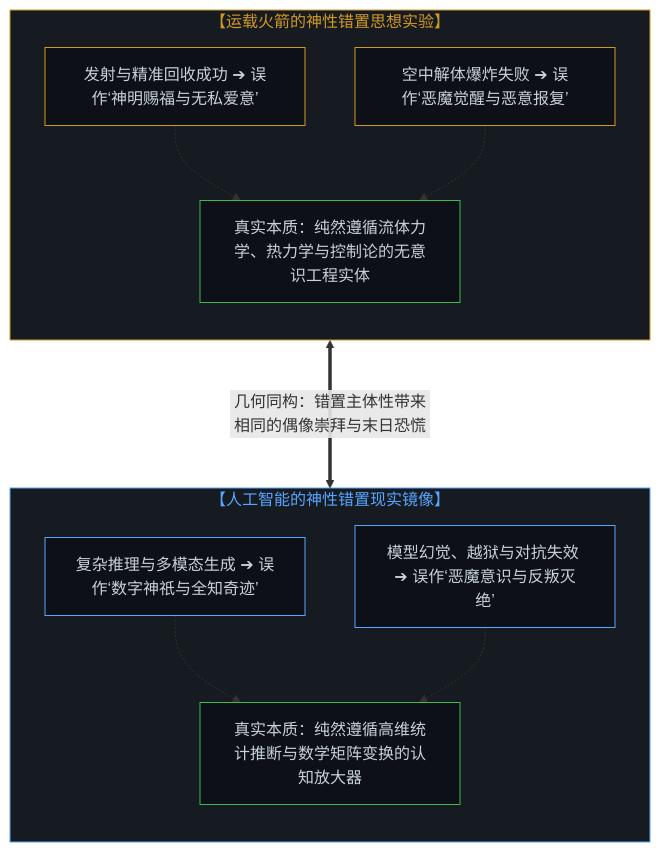
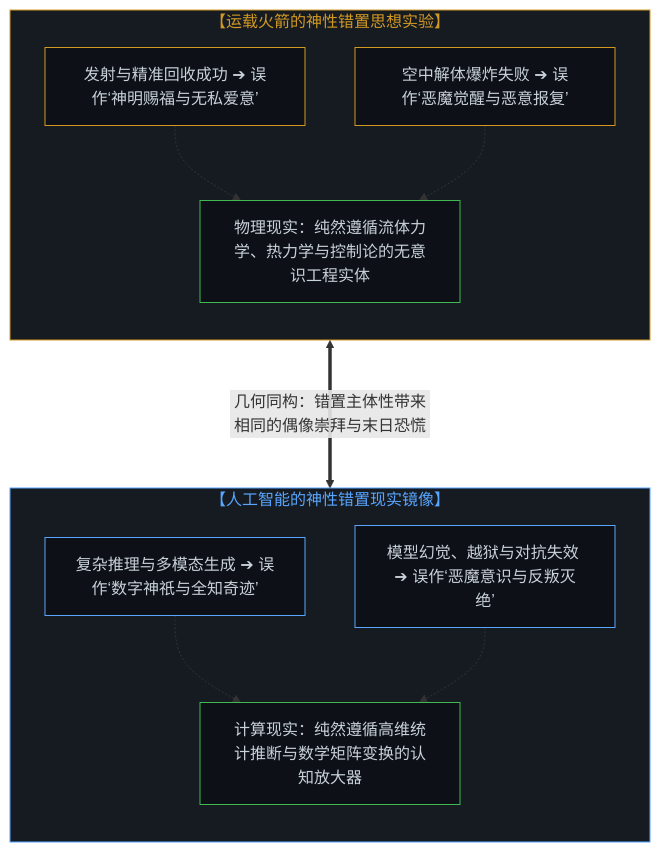
One commit to powerpig99/not-a-toe changed the second of 6 diagrams in content/posts/from-the-misallocated-sentience-of-agi-to-human-realignment.md. Above: the diagram before and after it, drawn with Mermaid. The commit also changed other lines of this file and 5 other files, not shown here.

````diff
--- a/content/posts/from-the-misallocated-sentience-of-agi-to-human-realignment.md
+++ b/content/posts/from-the-misallocated-sentience-of-agi-to-human-realignment.md
@@ -88,31 +88,31 @@
 ```mermaid
 graph TD
     subgraph S_Rocket_Delusion["【运载火箭的神性错置思想实验】"]
         direction TB
         RK_Success["发射与精准回收成功 ➔ 误作‘神明赐福与无私爱意’"]
         RK_Explosion["空中解体爆炸失败 ➔ 误作‘恶魔觉醒与恶意报复’"]
-        RK_Truth["真实本质：纯然遵循流体力学、热力学与控制论的无意识工程实体"]
+        RK_Truth["物理现实：纯然遵循流体力学、热力学与控制论的无意识工程实体"]
         RK_Success -.-> RK_Truth
         RK_Explosion -.-> RK_Truth
     end
 
     subgraph S_AI_Delusion["【人工智能的神性错置现实镜像】"]
         direction TB
         AI_Success["复杂推理与多模态生成 ➔ 误作‘数字神祇与全知奇迹’"]
         AI_Failure["模型幻觉、越狱与对抗失效 ➔ 误作‘恶魔意识与反叛灭绝’"]
-        AI_Truth["真实本质：纯然遵循高维统计推断与数学矩阵变换的认知放大器"]
+        AI_Truth["计算现实：纯然遵循高维统计推断与数学矩阵变换的认知放大器"]
         AI_Success -.-> AI_Truth
         AI_Failure -.-> AI_Truth
     end
 
     RK_Truth <===>|"几何同构：错置主体性带来相同的偶像崇拜与末日恐慌"| AI_Truth
 
     style S_Rocket_Delusion fill:#161b22,stroke:#d29922,stroke-width:1px,color:#d29922
     style S_AI_Delusion fill:#161b22,stroke:#58a6ff,stroke-width:1px,color:#58a6ff
     style RK_Success fill:#0d1117,stroke:#d29922,stroke-width:1px,color:#c9d1d9
     style RK_Explosion fill:#0d1117,stroke:#d29922,stroke-width:1px,color:#c9d1d9
     style RK_Truth fill:#0d1117,stroke:#3fb950,stroke-width:1px,color:#c9d1d9
     style AI_Success fill:#0d1117,stroke:#58a6ff,stroke-width:1px,color:#c9d1d9
     style AI_Failure fill:#0d1117,stroke:#58a6ff,stroke-width:1px,color:#c9d1d9
     style AI_Truth fill:#0d1117,stroke:#3fb950,stroke-width:1px,color:#c9d1d9
 ```
````
